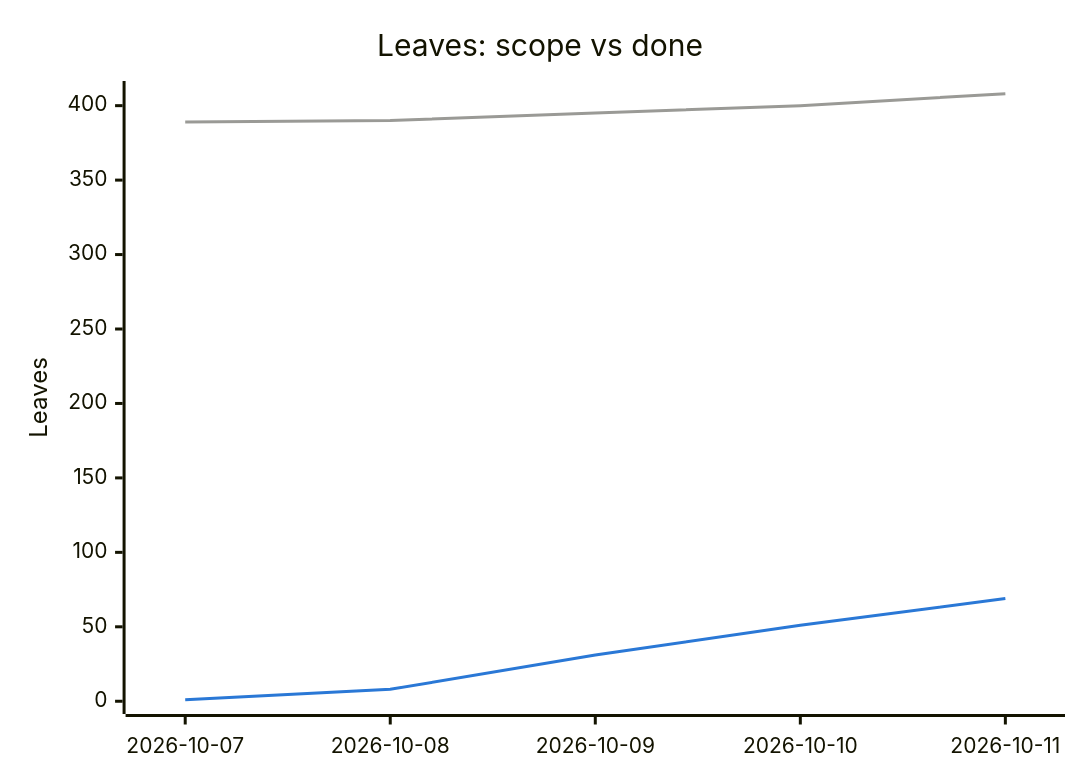
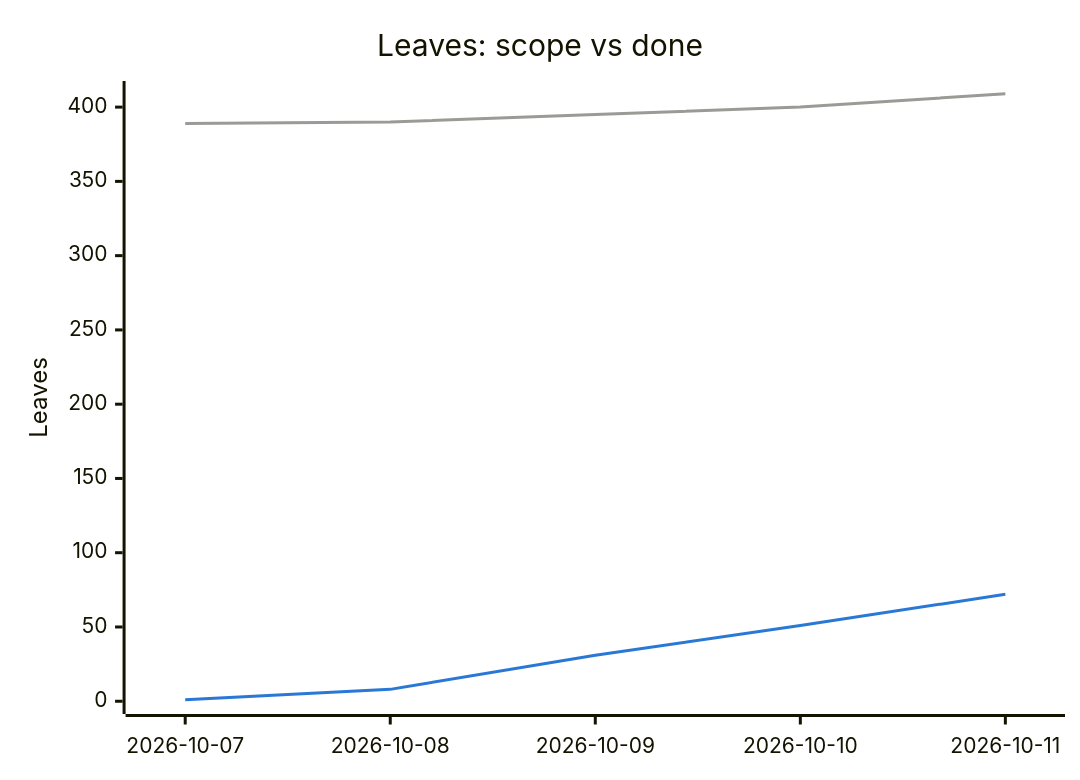
One commit to tomiok/persiaDB changed the second of 2 diagrams in PROGRESS.md. Above: the diagram before and after it, drawn with Mermaid. The commit also changed other lines of this file and 8 other files, not shown here.

First line of the commit message:
fix(format): address batch review of 1.8; tick ROADMAP 1.8.1-1.8.3

````diff
--- a/PROGRESS.md
+++ b/PROGRESS.md
@@ -107,14 +105,14 @@
 ```mermaid
 ---
 config:
   themeVariables:
     xyChart:
       plotColorPalette: "#9a9a96, #2a78d6"
 ---
 xychart-beta
   title "Leaves: scope vs done"
   x-axis ["2026-10-07", "2026-10-08", "2026-10-09", "2026-10-10", "2026-10-11"]
-  y-axis "Leaves" 0 --> 408
-  line [389, 390, 395, 400, 408]
-  line [1, 8, 31, 51, 69]
+  y-axis "Leaves" 0 --> 409
+  line [389, 390, 395, 400, 409]
+  line [1, 8, 31, 51, 72]
 ```
````
